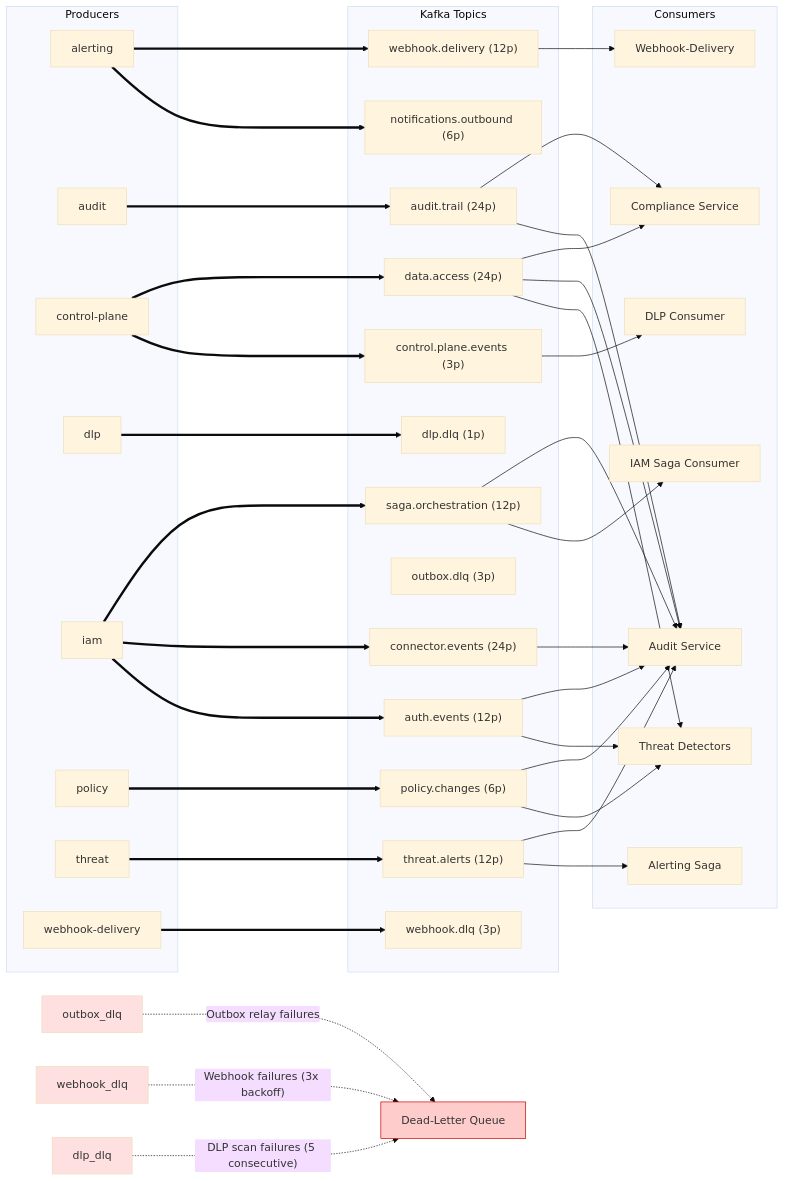
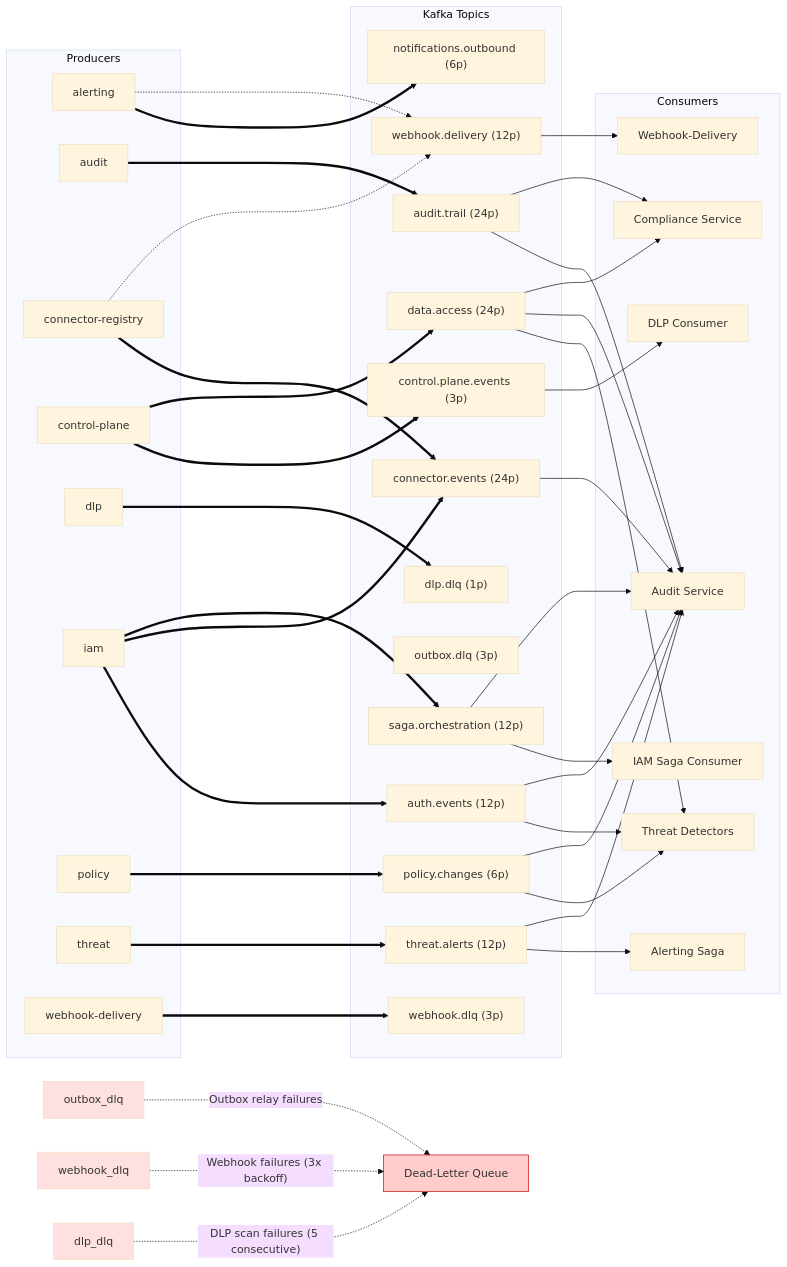
One commit to EganNguyen/Open-Guard changed the second of 5 diagrams in docs/index/SYSTEM_MAP.md. Above: the diagram before and after it, drawn with Mermaid (base theme). The commit also changed other lines of this file, not shown here.

First line of the commit message:
docs: add webhook event flow section to SYSTEM_MAP

```diff
--- a/docs/index/SYSTEM_MAP.md
+++ b/docs/index/SYSTEM_MAP.md
@@ -183,6 +183,7 @@
     subgraph Producers
         alerting[alerting]
         audit[audit]
+        connector_registry[connector-registry]
         control_plane[control-plane]
         dlp[dlp]
         iam[iam]
@@ -221,14 +222,16 @@
     audit ==> audit.trail
     iam ==> auth.events
     iam ==> connector.events
+    connector_registry ==> connector.events
+    connector_registry -.-> webhook.delivery
     control_plane ==> control.plane.events
     control_plane ==> data.access
     dlp ==> dlp.dlq
     alerting ==> notifications.outbound
+    alerting -.-> webhook.delivery
     policy ==> policy.changes
     iam ==> saga.orchestration
     threat ==> threat.alerts
-    alerting ==> webhook.delivery
     webhook_delivery ==> webhook.dlq
 
     %% Topics to Consumers
```
